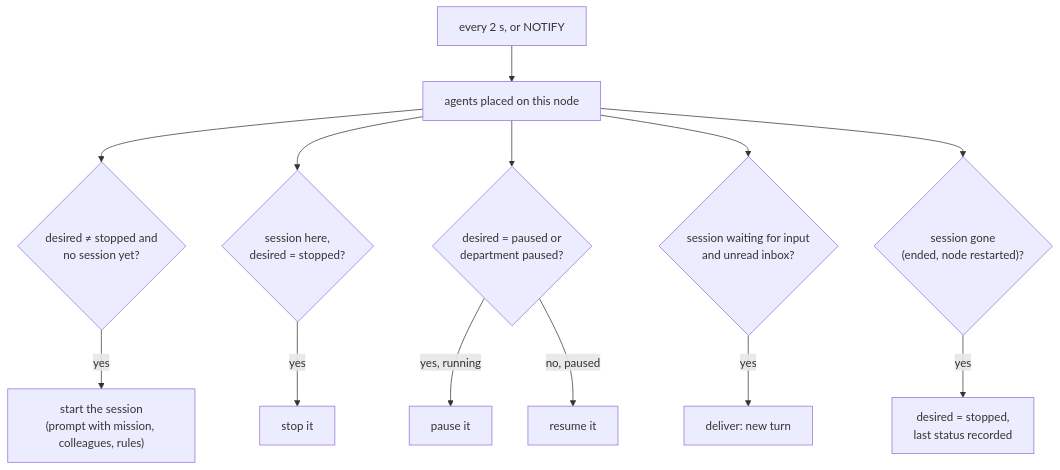
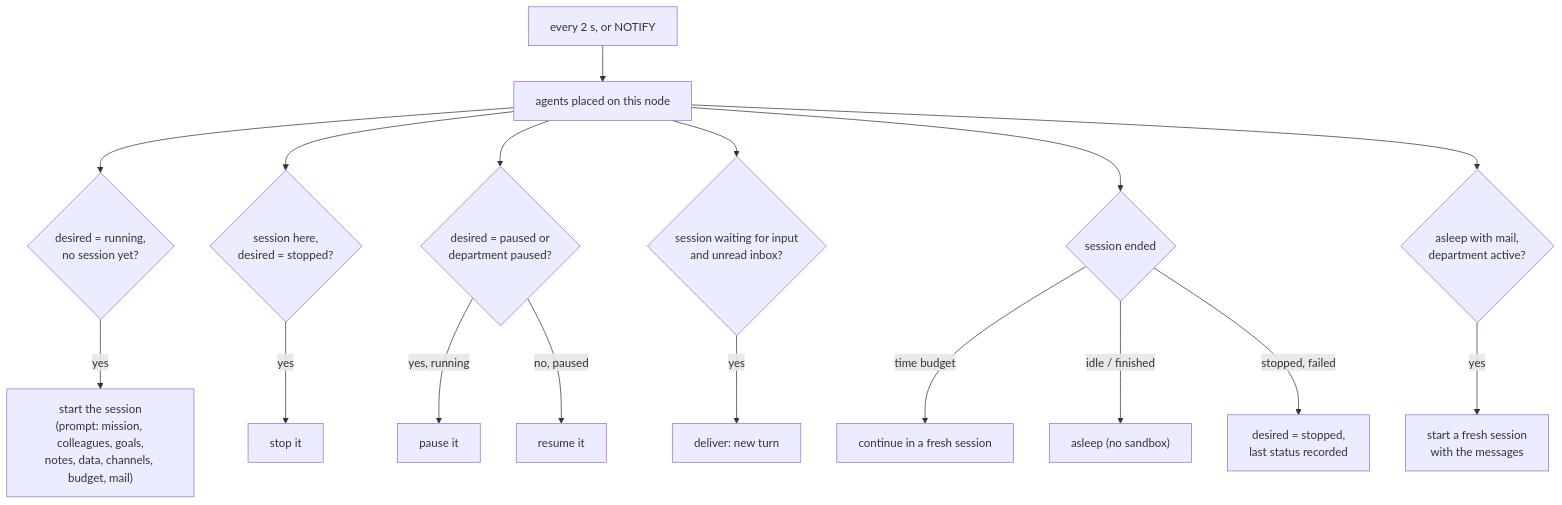
The eighth of 9 diagrams in docs/MULTI_AGENT.md (Jaelse/agentcore), drawn with Mermaid before and after one commit. The commit also changed other lines of this file and 9 other files, not shown here.

First line of the commit message:
Document everything: a guide, architecture and operations

````diff
--- a/docs/MULTI_AGENT.md
+++ b/docs/MULTI_AGENT.md
@@ -710,15 +729,19 @@
 ```mermaid
 flowchart TD
     T["every 2 s, or NOTIFY"] --> L["agents placed on this node"]
-    L --> A{"desired ≠ stopped and<br/>no session yet?"}
-    A -- yes --> START["start the session<br/>(prompt with mission, colleagues, rules)"]
+    L --> A{"desired = running,<br/>no session yet?"}
+    A -- yes --> START["start the session<br/>(prompt: mission, colleagues, goals,<br/>notes, data, channels, budget, mail)"]
     L --> B{"session here,<br/>desired = stopped?"}
     B -- yes --> STOP["stop it"]
     L --> C{"desired = paused or<br/>department paused?"}
     C -- "yes, running" --> PAUSE["pause it"]
     C -- "no, paused" --> RESUME["resume it"]
     L --> D{"session waiting for input<br/>and unread inbox?"}
-    D -- yes --> WAKE["deliver: new turn"]
-    L --> E{"session gone<br/>(ended, node restarted)?"}
-    E -- yes --> DONE["desired = stopped,<br/>last status recorded"]
+    D -- yes --> DELIVER["deliver: new turn"]
+    L --> E{"session ended"}
+    E -- "time budget" --> CONT["continue in a fresh session"]
+    E -- "idle / finished" --> SLEEP["asleep (no sandbox)"]
+    E -- "stopped, failed" --> DONE["desired = stopped,<br/>last status recorded"]
+    L --> F{"asleep with mail,<br/>department active?"}
+    F -- yes --> WAKE["start a fresh session<br/>with the messages"]
 ```
````
